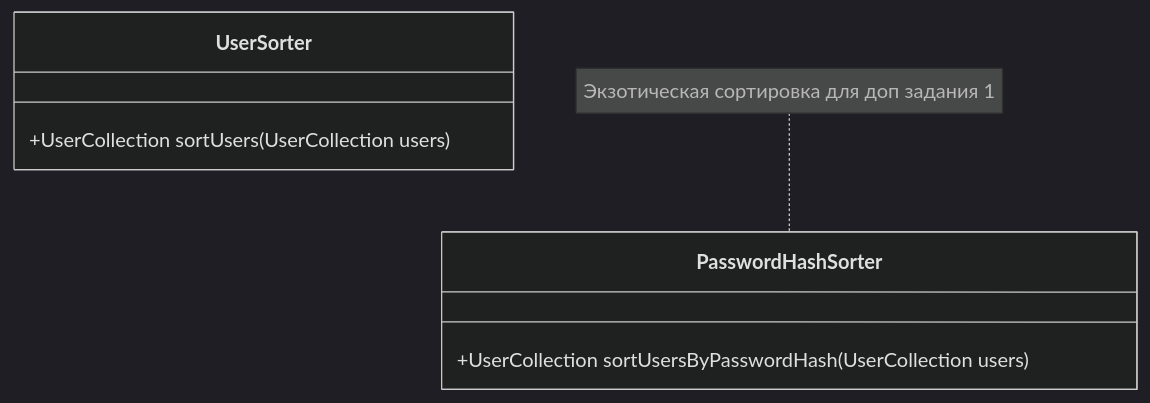
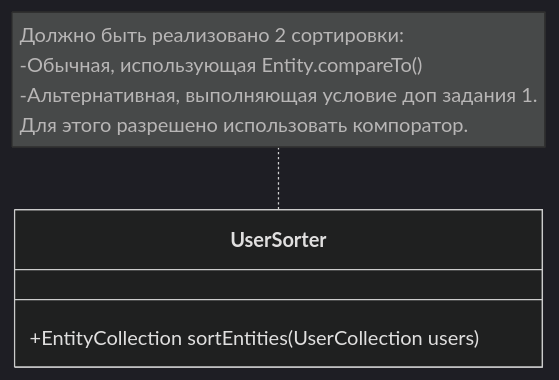
One commit to ColAshN65/FirstTeamProject changed the fourth of 7 diagrams in README.md. Above: the diagram before and after it, drawn with Mermaid (dark theme). The commit also changed other lines of this file, not shown here.

````diff
--- a/README.md
+++ b/README.md
@@ -88,13 +89,12 @@
 ```mermaid
 classDiagram
 
-  note for PasswordHashSorter "Экзотическая сортировка для доп задания 1"
+  note for UserSorter "Должно быть реализовано 2 сортировки:
+  -Обычная, использующая Entity.compareTo()
+  -Альтернативная, выполняющая условие доп задания 1.
+  Для этого разрешено использовать компоратор."
 
   class UserSorter{
-    +UserCollection sortUsers(UserCollection users)
-  }
-
-  class PasswordHashSorter{
-    +UserCollection sortUsersByPasswordHash(UserCollection users)
+    +EntityCollection sortEntities(UserCollection users)
   }
 ```
````
